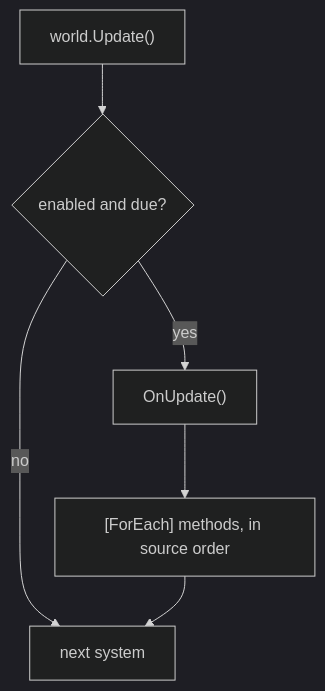
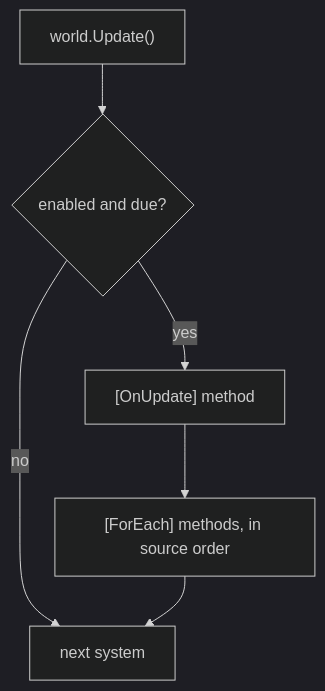
One commit to JasonXuDeveloper/EasyEcs changed the diagram in docs/content/guide/systems.mdx. Above: the diagram before and after it, drawn with Mermaid (dark theme). The commit also changed other lines of this file and 96 other files, not shown here.

````diff
--- a/docs/content/guide/systems.mdx
+++ b/docs/content/guide/systems.mdx
@@ -111,8 +146,8 @@
 ```mermaid
 flowchart TB
     U["world.Update()"] --> S{"enabled and due?"}
     S -- no --> N["next system"]
-    S -- yes --> O["OnUpdate()"]
+    S -- yes --> O["[OnUpdate] method"]
     O --> F["[ForEach] methods, in source order"]
     F --> N
 ```
````
